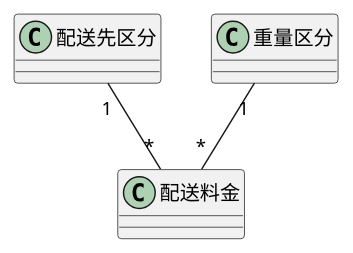
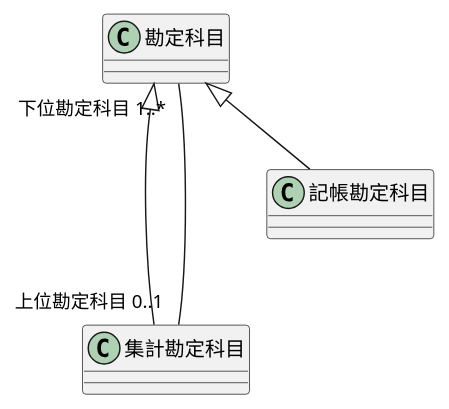
Before and after one commit to yinm/uml-modeling-lesson: the diagram in ch09/sample.puml, drawn with PlantUML.

Commit message:
Add lesson33

```diff
--- a/ch09/sample.puml
+++ b/ch09/sample.puml
@@ -1,15 +1,17 @@
 @startuml
 
-class 配送先区分 {
+class 勘定科目 {
 }
 
-class 重量区分 {
+class 集計勘定科目 {
 }
 
-class 配送料金 {
+class 記帳勘定科目 {
 }
 
-配送先区分 "1"--"*" 配送料金
-重量区分 "1"--"*" 配送料金
+勘定科目 <|-- 集計勘定科目
+勘定科目 <|-- 記帳勘定科目
+
+勘定科目 "下位勘定科目 1..*"---"上位勘定科目 0..1" 集計勘定科目
 
 @enduml
```
